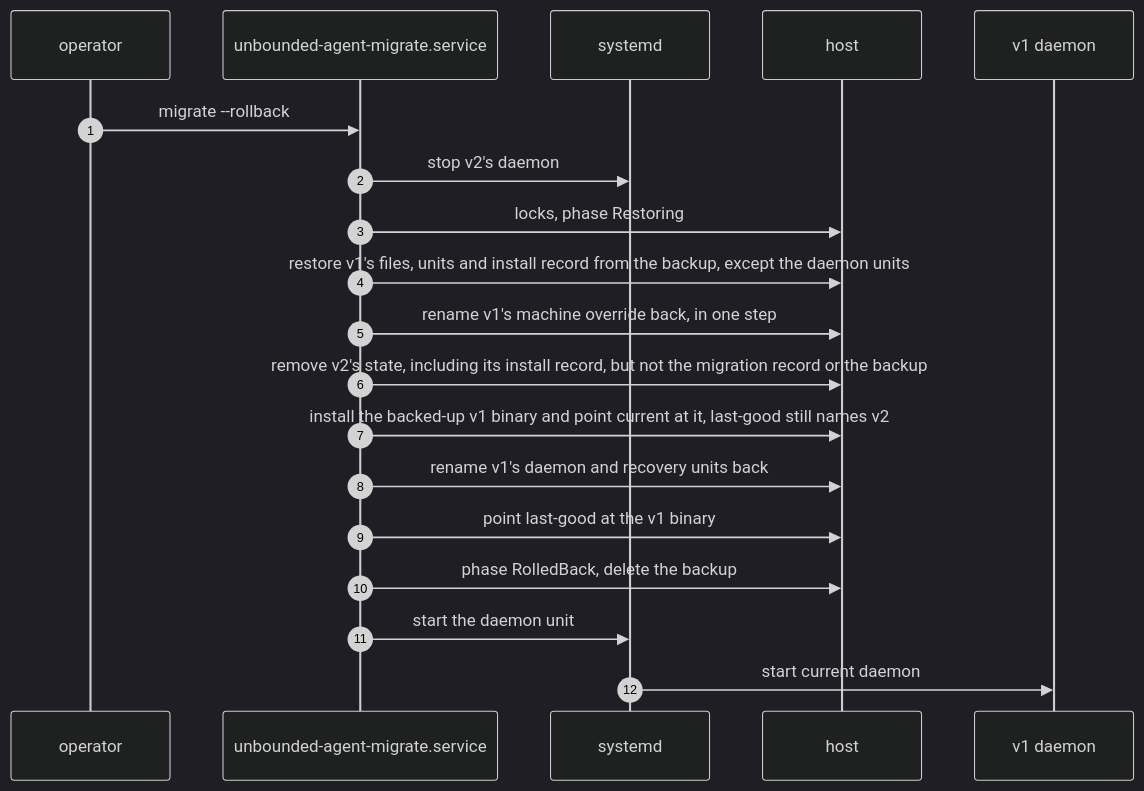
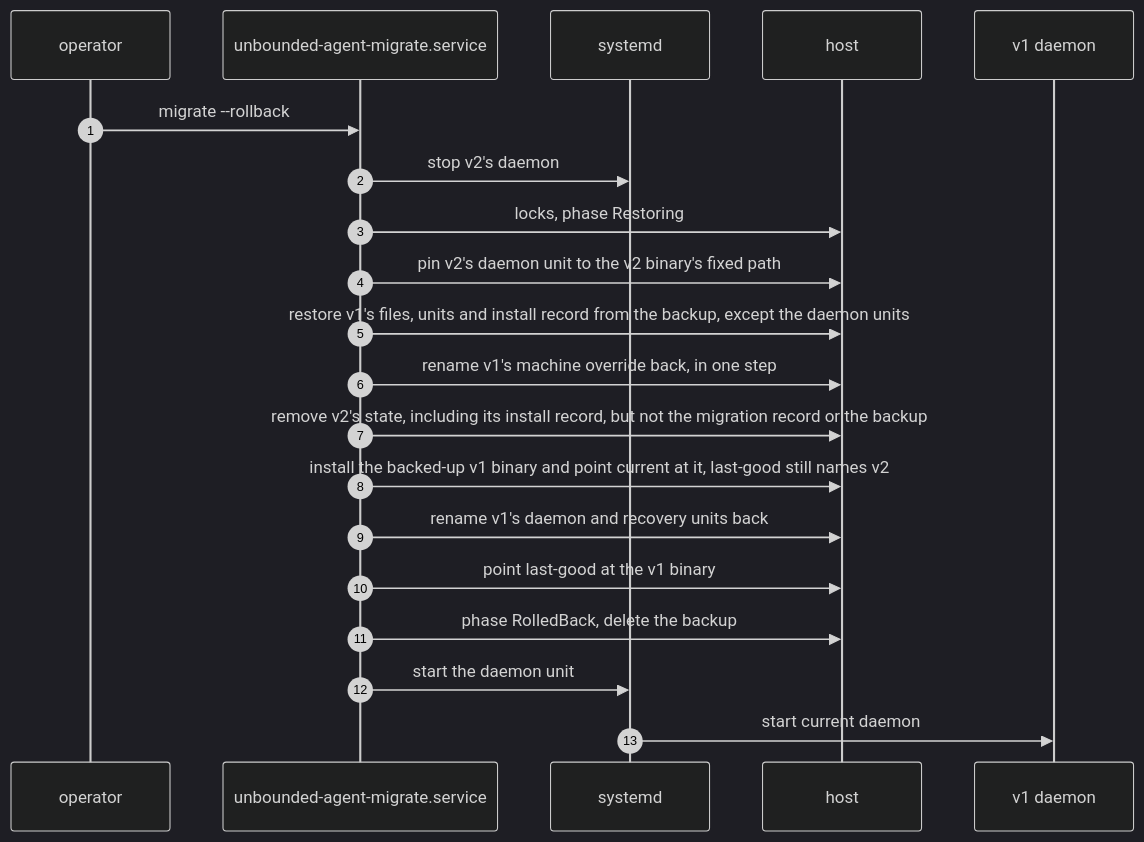
Before and after one commit to Azure/unbounded: the fifth of 5 diagrams in designs/agent-v2/10-migration-from-v1.md, drawn with Mermaid (dark theme). The commit also changed other lines of this file and 8 other files, not shown here.

````diff
--- a/designs/agent-v2/10-migration-from-v1.md
+++ b/designs/agent-v2/10-migration-from-v1.md
@@ -395,21 +419,22 @@
 ```mermaid
 sequenceDiagram
   autonumber
   participant Op as operator
   participant MG as unbounded-agent-migrate.service
   participant SD as systemd
   participant H as host
   participant D1 as v1 daemon
   Op->>MG: migrate --rollback
   MG->>SD: stop v2's daemon
   MG->>H: locks, phase Restoring
+  MG->>H: pin v2's daemon unit to the v2 binary's fixed path
   MG->>H: restore v1's files, units and install record from the backup, except the daemon units
   MG->>H: rename v1's machine override back, in one step
   MG->>H: remove v2's state, including its install record, but not the migration record or the backup
   MG->>H: install the backed-up v1 binary and point current at it, last-good still names v2
   MG->>H: rename v1's daemon and recovery units back
   MG->>H: point last-good at the v1 binary
   MG->>H: phase RolledBack, delete the backup
   MG->>SD: start the daemon unit
   SD->>D1: start current daemon
 ```
````
